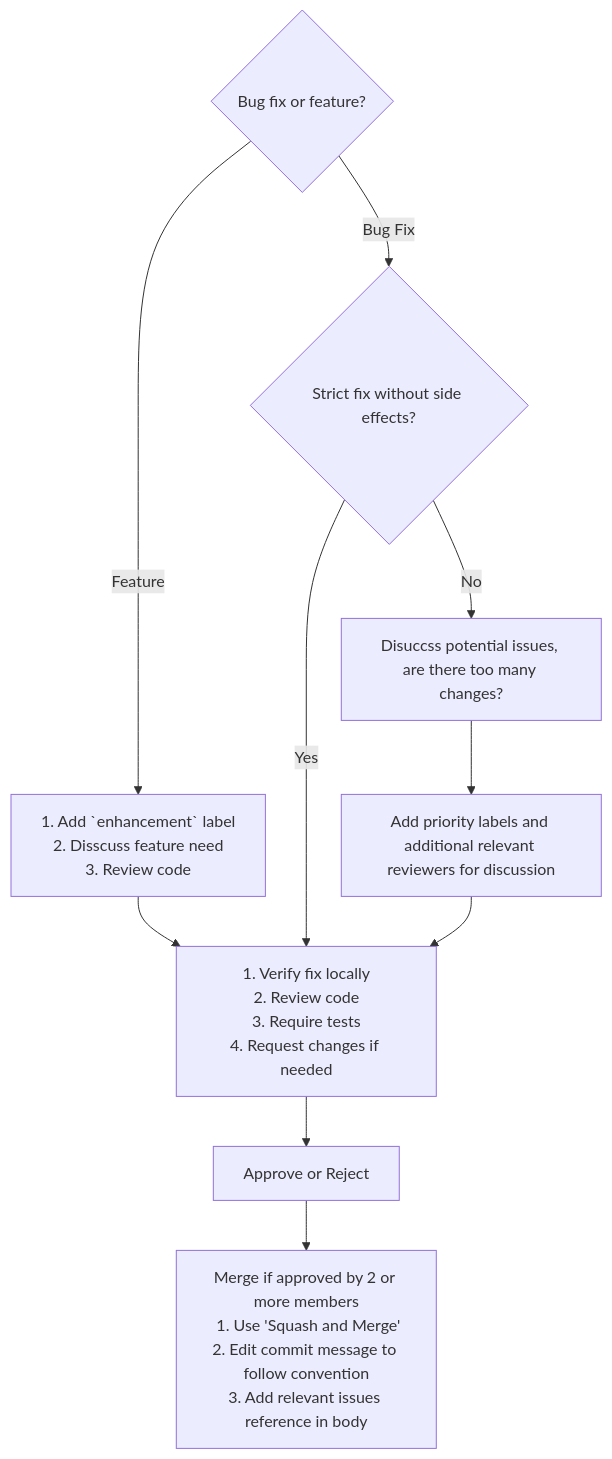
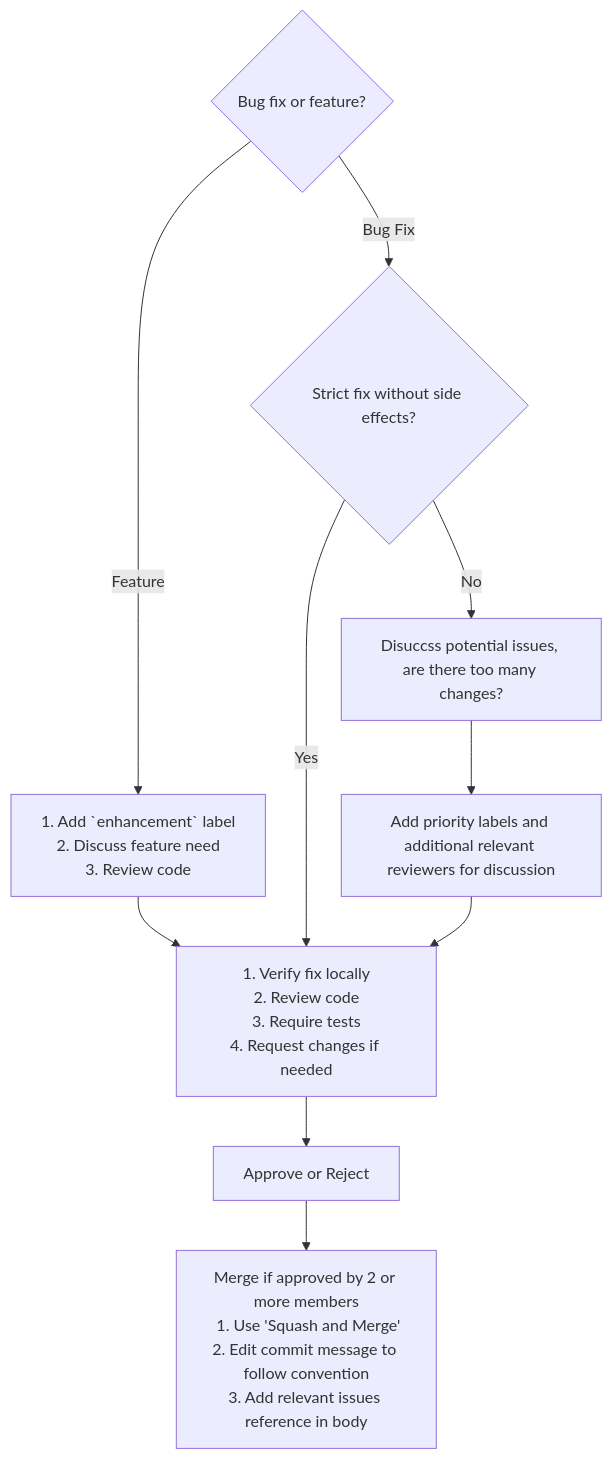
One commit to DARPA-ASKEM/terarium changed the second of 2 diagrams in .github/CONTRIBUTING.md. Above: the diagram before and after it, drawn with Mermaid.

Commit message:
Update .github/CONTRIBUTING.md
typo

````diff
--- a/.github/CONTRIBUTING.md
+++ b/.github/CONTRIBUTING.md
@@ -120,13 +120,13 @@
 ```mermaid
 flowchart TD
 	A{Bug fix or feature?}
 	A --> |Bug Fix| B{Strict fix without side effects?}
-	A --> |Feature| C[1. Add `enhancement` label\n2. Disscuss feature need\n3. Review code]
+	A --> |Feature| C[1. Add `enhancement` label\n2. Discuss feature need\n3. Review code]
 	C --> D
 	B --> |Yes| D[1. Verify fix locally\n2. Review code\n3. Require tests\n4. Request changes if needed]
 	D --> E[Approve or Reject]
 	B --> |No| G[Disuccss potential issues, are there too many changes?]
 	G --> H[Add priority labels and additional relevant reviewers for discussion]
 	H --> D
 	E --> F[Merge if approved by 2 or more members\n 1. Use 'Squash and Merge'\n2. Edit commit message to follow convention\n3. Add relevant issues reference in body]
 ```
````
